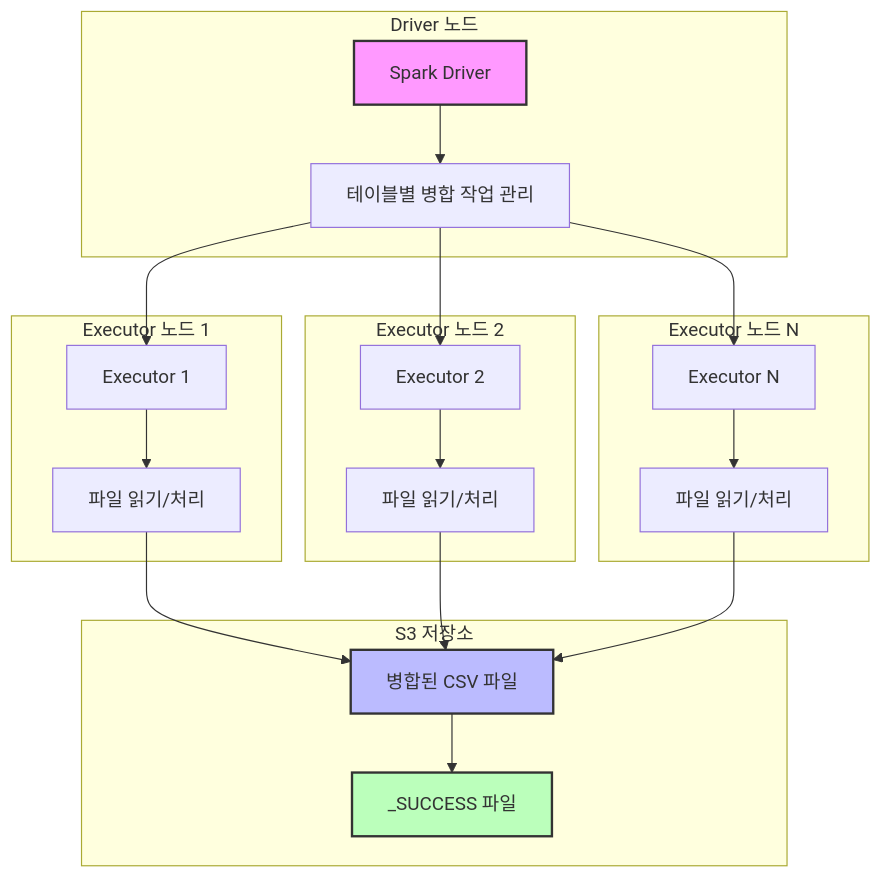
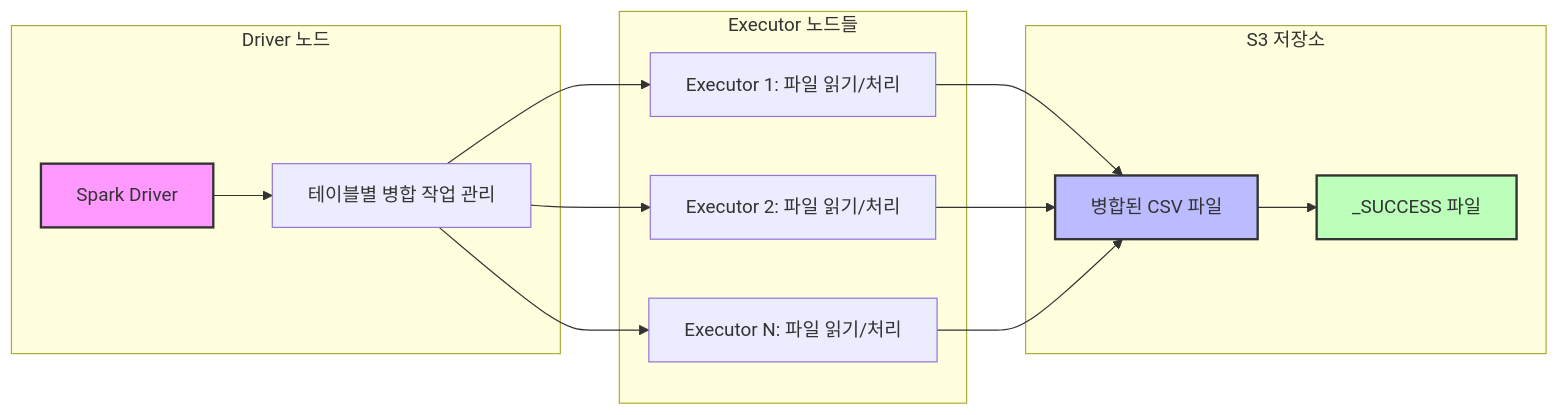
The eighth of 10 diagrams in _posts/2025-03-18-etl-pipeline.md (yeokyeong-yoon/yeokyeong-yoon.github.io), drawn with Mermaid before and after one commit. The commit also changed other lines of this file, not shown here.

Commit message:
refactor: Change Mermaid diagrams from TD to LR direction for better space utilization

````diff
--- a/_posts/2025-03-18-etl-pipeline.md
+++ b/_posts/2025-03-18-etl-pipeline.md
@@ -373,46 +373,33 @@
 ```mermaid
-graph TD
+graph LR
     subgraph "Driver 노드"
         D1[Spark Driver]
         D2[테이블별 병합 작업 관리]
     end
     
-    subgraph "Executor 노드 1"
-        E1[Executor 1]
-        E2[파일 읽기/처리]
-    end
-    
-    subgraph "Executor 노드 2"
-        E3[Executor 2]
-        E4[파일 읽기/처리]
-    end
-    
-    subgraph "Executor 노드 N"
-        E5[Executor N]
-        E6[파일 읽기/처리]
+    subgraph "Executor 노드들"
+        E1[Executor 1: 파일 읽기/처리]
+        E3[Executor 2: 파일 읽기/처리]
+        E5[Executor N: 파일 읽기/처리]
     end
     
     subgraph "S3 저장소"
         S1[병합된 CSV 파일]
         S2[_SUCCESS 파일]
     end
     
     D1 --> D2
     D2 --> E1
     D2 --> E3
     D2 --> E5
     
-    E1 --> E2
-    E3 --> E4
-    E5 --> E6
-    
-    E2 --> S1
-    E4 --> S1
-    E6 --> S1
+    E1 --> S1
+    E3 --> S1
+    E5 --> S1
     
     S1 --> S2
     
     style D1 fill:#f9f,stroke:#333,stroke-width:2px
     style S1 fill:#bbf,stroke:#333,stroke-width:2px
     style S2 fill:#bfb,stroke:#333,stroke-width:2px
 ```
````
